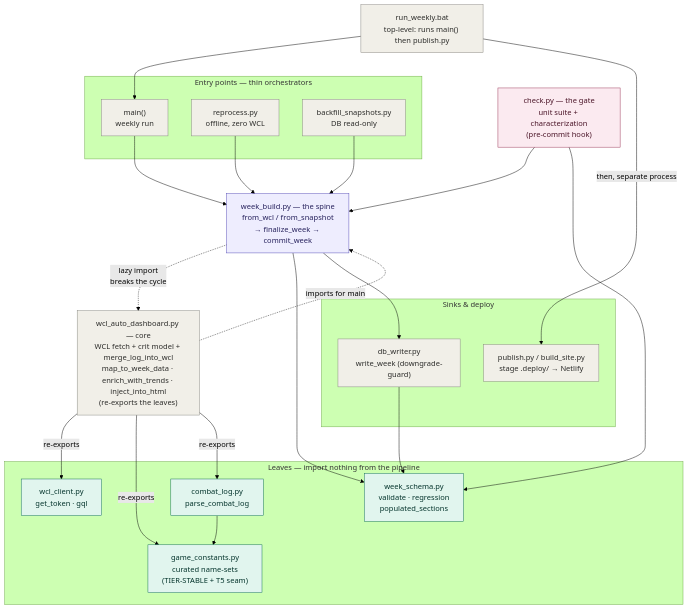
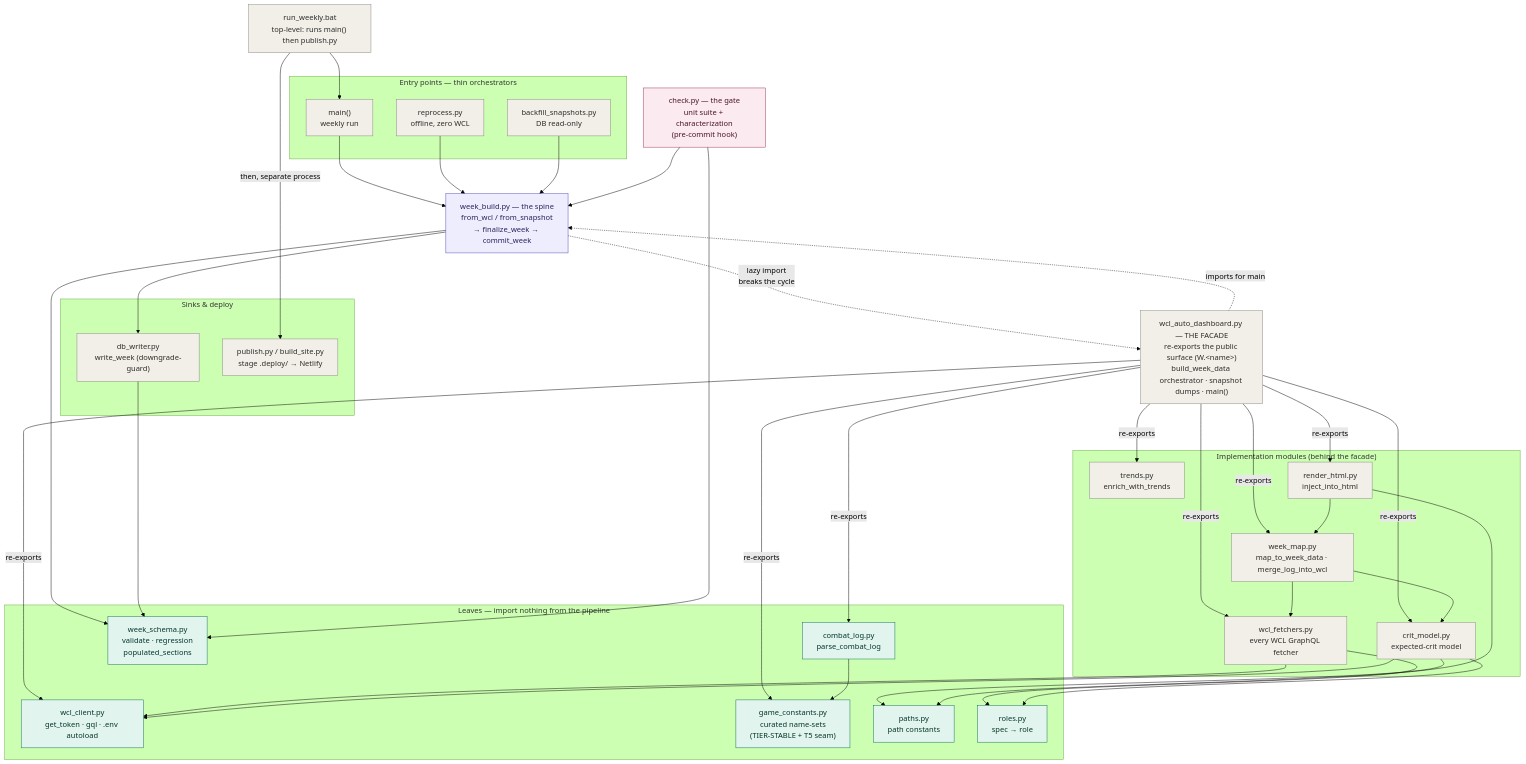
One commit to jketch/tbc-raid-kpi changed the first of 3 diagrams in docs/architecture.md. Above: the diagram before and after it, drawn with Mermaid (forest theme). The commit also changed other lines of this file and 4 other files, not shown here.

First line of the commit message:
refactor(facade): tidy the facade + move .env autoload to wcl_client; update docs (6)

````diff
--- a/docs/architecture.md
+++ b/docs/architecture.md
@@ -31,7 +31,14 @@
     SPINE["week_build.py — the spine<br/>from_wcl / from_snapshot<br/>→ finalize_week → commit_week"]
 
     %% ── Core ────────────────────────────────────────────
-    CORE["wcl_auto_dashboard.py — core<br/>WCL fetch + crit model + merge_log_into_wcl<br/>map_to_week_data · enrich_with_trends · inject_into_html<br/>(re-exports the leaves)"]
+    CORE["wcl_auto_dashboard.py — THE FACADE<br/>re-exports the public surface (W.&lt;name&gt;)<br/>build_week_data orchestrator · snapshot dumps · main()"]
+    subgraph IMPL["Implementation modules (behind the facade)"]
+        FETCH["wcl_fetchers.py<br/>every WCL GraphQL fetcher"]
+        WMAP["week_map.py<br/>map_to_week_data · merge_log_into_wcl"]
+        CRIT["crit_model.py<br/>expected-crit model"]
+        TRND["trends.py<br/>enrich_with_trends"]
+        RNDR["render_html.py<br/>inject_into_html"]
+    end
 
     %% ── Sinks / deploy ──────────────────────────────────
     subgraph SINK["Sinks & deploy"]
@@ -44,10 +51,12 @@
 
     %% ── Leaves ──────────────────────────────────────────
     subgraph LEAF["Leaves — import nothing from the pipeline"]
-        WCLC["wcl_client.py<br/>get_token · gql"]
+        WCLC["wcl_client.py<br/>get_token · gql · .env autoload"]
         GC["game_constants.py<br/>curated name-sets<br/>(TIER-STABLE + T5 seam)"]
         CL["combat_log.py<br/>parse_combat_log"]
         SCHEMA["week_schema.py<br/>validate · regression<br/>populated_sections"]
+        PATHS["paths.py<br/>path constants"]
+        ROLES["roles.py<br/>spec → role"]
     end
 
     RW --> MAIN
@@ -65,6 +74,20 @@
     CORE -->|re-exports| WCLC
     CORE -->|re-exports| GC
     CORE -->|re-exports| CL
+    CORE -->|re-exports| FETCH
+    CORE -->|re-exports| WMAP
+    CORE -->|re-exports| CRIT
+    CORE -->|re-exports| TRND
+    CORE -->|re-exports| RNDR
+    FETCH --> WCLC
+    FETCH --> ROLES
+    WMAP --> FETCH
+    WMAP --> CRIT
+    CRIT --> WCLC
+    CRIT --> PATHS
+    CRIT --> ROLES
+    RNDR --> WMAP
+    RNDR --> PATHS
     CL --> GC
 
     GATE --> SPINE
@@ -76,7 +99,7 @@
     classDef plain fill:#F1EFE8,stroke:#888780,color:#2C2C2A;
 
     class SPINE spine;
-    class WCLC,GC,CL,SCHEMA leaf;
+    class WCLC,GC,CL,SCHEMA,PATHS,ROLES leaf;
     class GATE gate;
-    class RW,MAIN,REPRO,BACK,CORE,DBW,PUB plain;
+    class RW,MAIN,REPRO,BACK,CORE,DBW,PUB,FETCH,WMAP,CRIT,TRND,RNDR plain;
 ```
````
